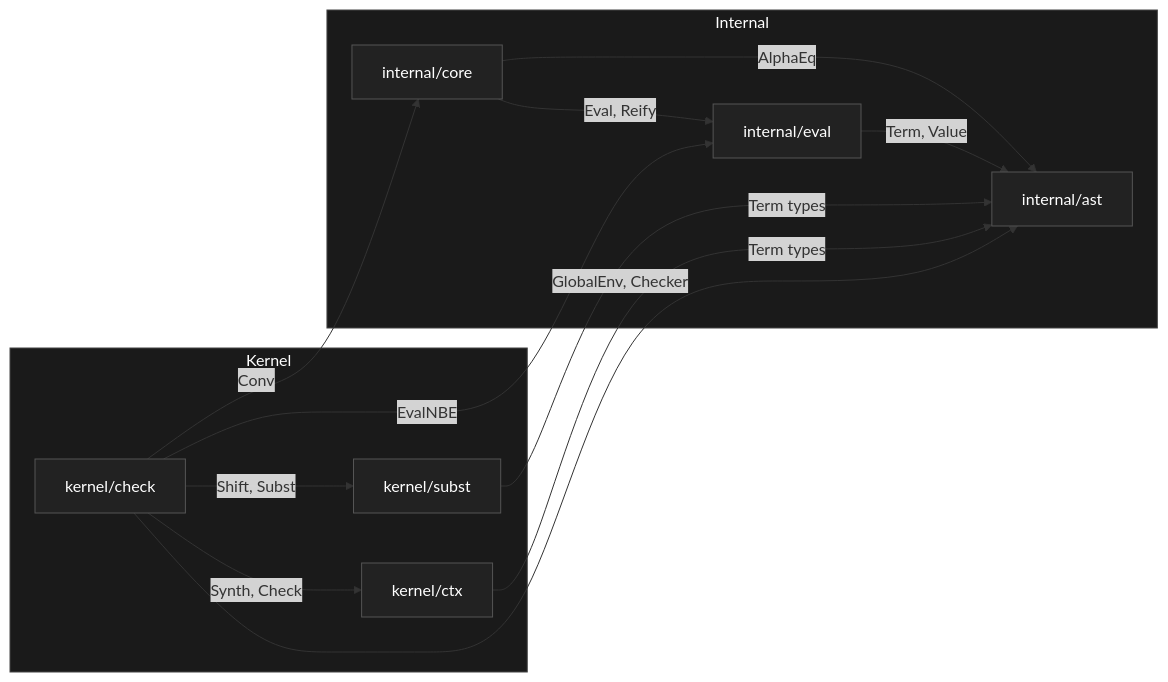
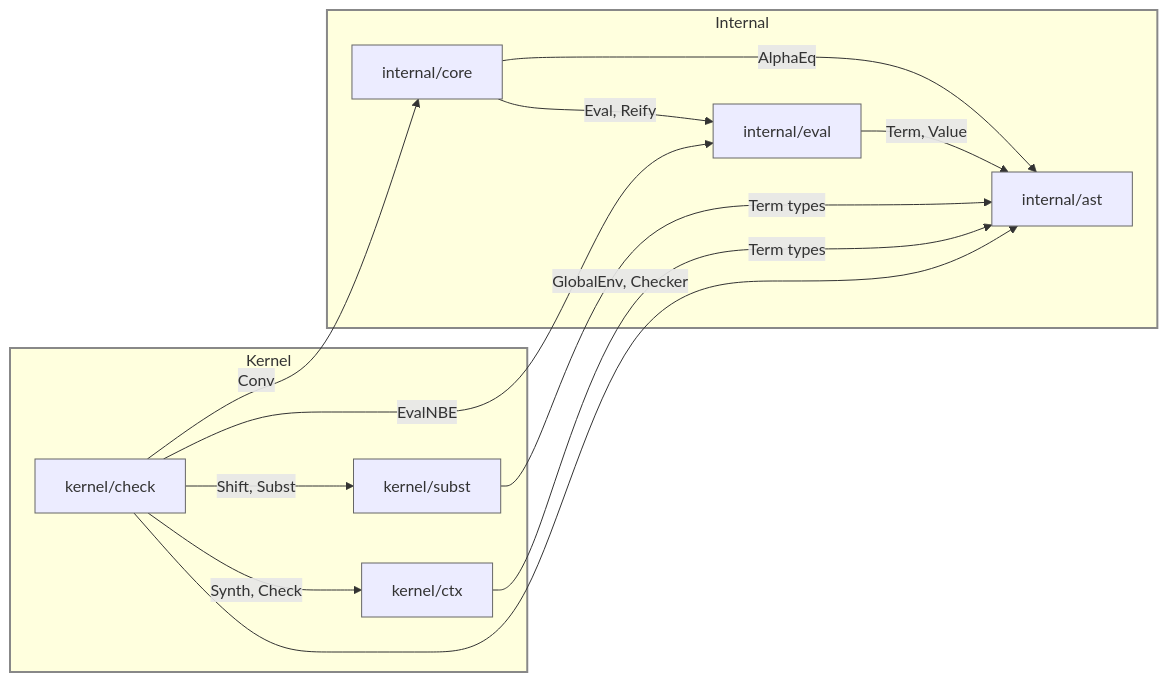
The sixth of 26 diagrams in DIAGRAMS.md (watchthelight/HypergraphGo), drawn with Mermaid before and after one commit. The commit also changed other lines of this file and 1 other file, not shown here.

Commit message:
Diagram updates

````diff
--- a/DIAGRAMS.md
+++ b/DIAGRAMS.md
@@ -518,37 +768,37 @@
 ```mermaid
 flowchart LR
     subgraph Kernel
         check[kernel/check]
         ctx[kernel/ctx]
         subst[kernel/subst]
     end
 
     subgraph Internal
         ast[internal/ast]
         eval[internal/eval]
         core[internal/core]
     end
 
     check -->|GlobalEnv, Checker| ast
     check -->|Synth, Check| ctx
     check -->|Shift, Subst| subst
     check -->|EvalNBE| eval
     check -->|Conv| core
 
     ctx -->|Term types| ast
     subst -->|Term types| ast
 
     core -->|Eval, Reify| eval
     core -->|AlphaEq| ast
 
     eval -->|Term, Value| ast
 
-    style Kernel fill:#1a1a1a,stroke:#444,color:#fff
-    style Internal fill:#1a1a1a,stroke:#444,color:#fff
-    style check fill:#222,stroke:#555,color:#fff
-    style ctx fill:#222,stroke:#555,color:#fff
-    style subst fill:#222,stroke:#555,color:#fff
-    style ast fill:#222,stroke:#555,color:#fff
-    style eval fill:#222,stroke:#555,color:#fff
-    style core fill:#222,stroke:#555,color:#fff
+    style Kernel stroke:#888,stroke-width:2px
+    style Internal stroke:#888,stroke-width:2px
+    style check stroke:#666
+    style ctx stroke:#666
+    style subst stroke:#666
+    style ast stroke:#666
+    style eval stroke:#666
+    style core stroke:#666
 ```
````
